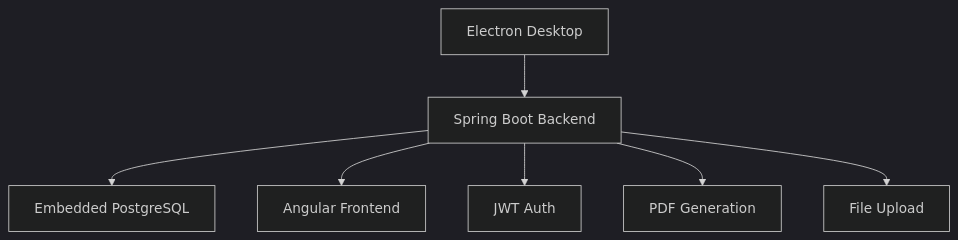
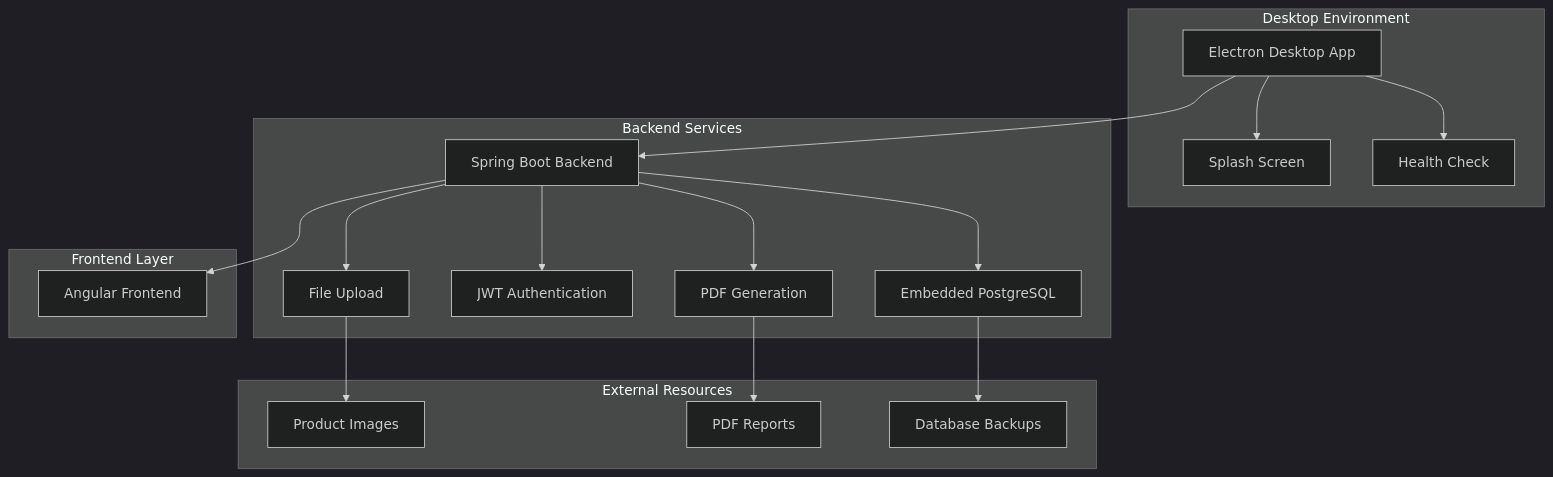
One commit to wmakeouthill/certificados-wesley changed the first of 3 diagrams in portfolio-content/projects/mercearia-r-v-english.md. Above: the diagram before and after it, drawn with Mermaid (dark theme). The commit also changed other lines of this file and 4 other files, not shown here.

````diff
--- a/portfolio-content/projects/mercearia-r-v-english.md
+++ b/portfolio-content/projects/mercearia-r-v-english.md
@@ -18,10 +18,40 @@
 ```mermaid
-%%{title: "Mercearia R&V Architecture"}%%
+%%{title: "Mercearia R-V System Architecture"}%%
 graph TB
-    A[Electron Desktop] --> B[Spring Boot Backend]
+    A[Electron Desktop App] --> B[Spring Boot Backend]
     B --> C[Embedded PostgreSQL]
     B --> D[Angular Frontend]
-    B --> E[JWT Auth]
-    B --> F[PDF Generation]
-    B --> G[File Upload]
+    A --> E[Splash Screen]
+    A --> F[Health Check]
+    B --> G[JWT Authentication]
+    B --> H[PDF Generation]
+    B --> I[File Upload]
+    
+    subgraph "Desktop Environment"
+        A
+        E
+        F
+    end
+    
+    subgraph "Backend Services"
+        B
+        C
+        G
+        H
+        I
+    end
+    
+    subgraph "Frontend Layer"
+        D
+    end
+    
+    subgraph "External Resources"
+        J[Product Images]
+        K[PDF Reports]
+        L[Database Backups]
+    end
+    
+    I --> J
+    H --> K
+    C --> L
 ```
````
